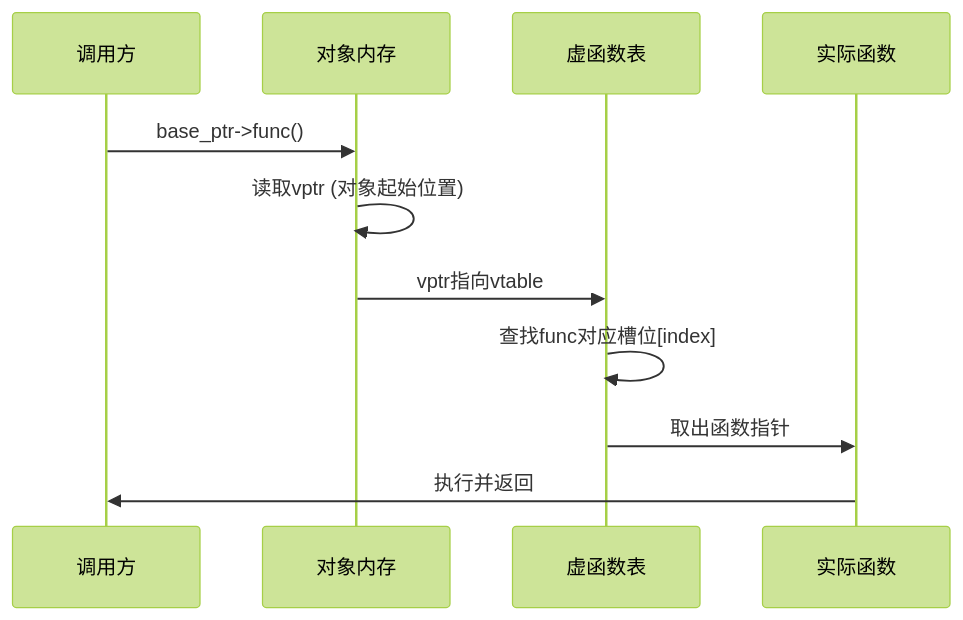
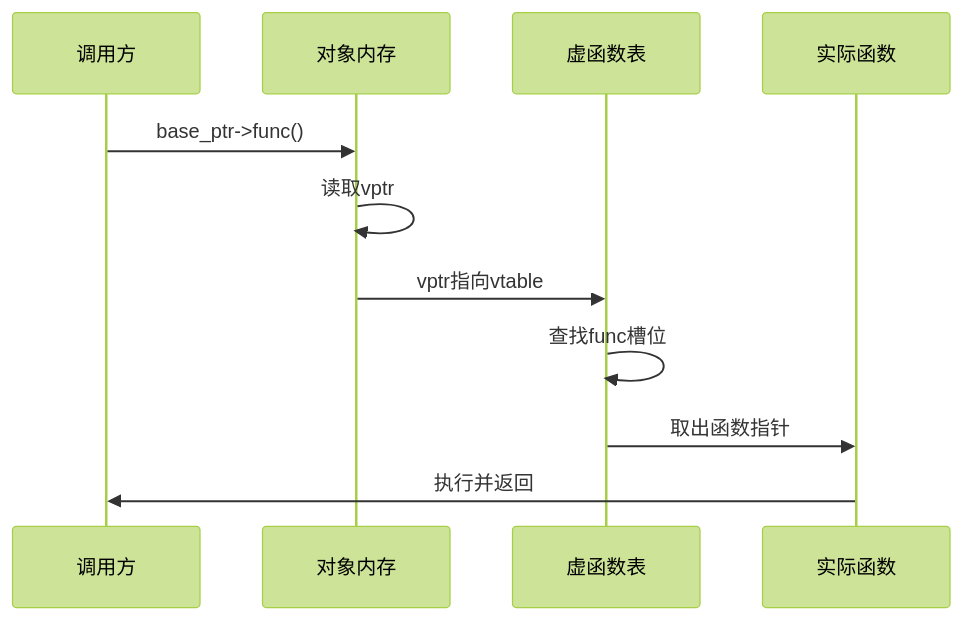
Before and after one commit to dswcpp/resume-system: the second of 2 diagrams in interview/questions/cpp/cpp_001/detail.md, drawn with Mermaid (forest theme). The commit also changed other lines of this file and 478 other files, not shown here.

````diff
--- a/interview/questions/cpp/cpp_001/detail.md
+++ b/interview/questions/cpp/cpp_001/detail.md
@@ -68,14 +62,14 @@
 ```mermaid
 sequenceDiagram
     participant Caller as 调用方
-    participant Object as 对象内存
-    participant VTable as 虚函数表
-    participant Function as 实际函数
+    participant Obj as 对象内存
+    participant VT as 虚函数表
+    participant Func as 实际函数
 
-    Caller->>Object: base_ptr->func()
-    Object->>Object: 读取vptr (对象起始位置)
-    Object->>VTable: vptr指向vtable
-    VTable->>VTable: 查找func对应槽位[index]
-    VTable->>Function: 取出函数指针
-    Function->>Caller: 执行并返回
+    Caller->>Obj: base_ptr->func()
+    Obj->>Obj: 读取vptr
+    Obj->>VT: vptr指向vtable
+    VT->>VT: 查找func槽位
+    VT->>Func: 取出函数指针
+    Func->>Caller: 执行并返回
 ```
````
